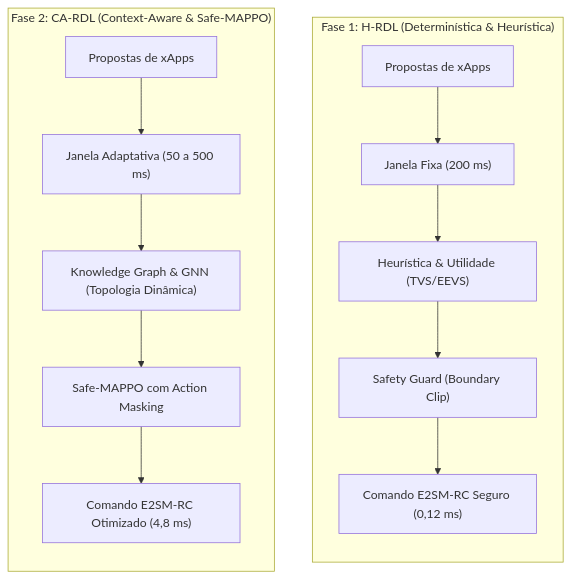
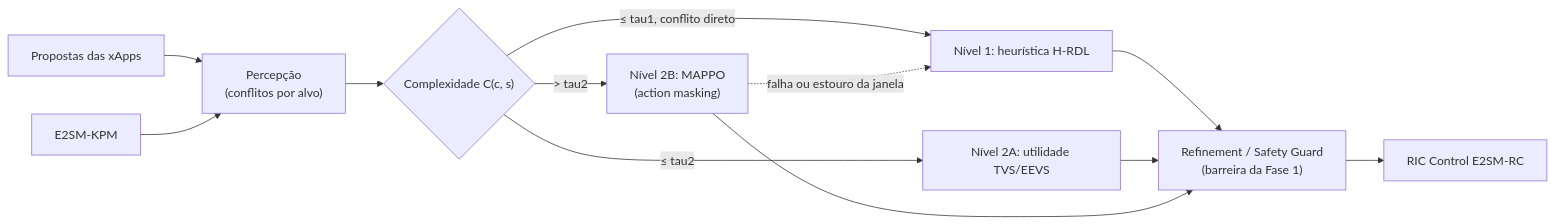
One commit to georgebarbosa3090/XApp-RDL-F2 changed the diagram in README.md. Above: the diagram before and after it, drawn with Mermaid. The commit also changed other lines of this file and 953 other files, not shown here.

````diff
--- a/README.md
+++ b/README.md
@@ -83,18 +40,14 @@
 ```mermaid
-flowchart TD
-    subgraph F1["Fase 1: H-RDL (Determinística & Heurística)"]
-        direction TB
-        A1["Propostas de xApps"] --> A2["Janela Fixa (200 ms)"]
-        A2 --> A3["Heurística & Utilidade (TVS/EEVS)"]
-        A3 --> A4["Safety Guard (Boundary Clip)"]
-        A4 --> A5["Comando E2SM-RC Seguro (0,12 ms)"]
-    end
-
-    subgraph F2["Fase 2: CA-RDL (Context-Aware & Safe-MAPPO)"]
-        direction TB
-        B1["Propostas de xApps"] --> B2["Janela Adaptativa (50 a 500 ms)"]
-        B2 --> B3["Knowledge Graph & GNN (Topologia Dinâmica)"]
-        B3 --> B4["Safe-MAPPO com Action Masking"]
-        B4 --> B5["Comando E2SM-RC Otimizado (4,8 ms)"]
-    end
+flowchart LR
+    X["Propostas das xApps"] --> P["Percepção<br/>(conflitos por alvo)"]
+    K["E2SM-KPM"] --> P
+    P --> C{"Complexidade C(c, s)"}
+    C -->|"≤ tau1, conflito direto"| H["Nível 1: heurística H-RDL"]
+    C -->|"≤ tau2"| U["Nível 2A: utilidade TVS/EEVS"]
+    C -->|"> tau2"| M["Nível 2B: MAPPO<br/>(action masking)"]
+    M -.->|"falha ou estouro da janela"| H
+    H --> R["Refinement / Safety Guard<br/>(barreira da Fase 1)"]
+    U --> R
+    M --> R
+    R --> E["RIC Control E2SM-RC"]
 ```
````
